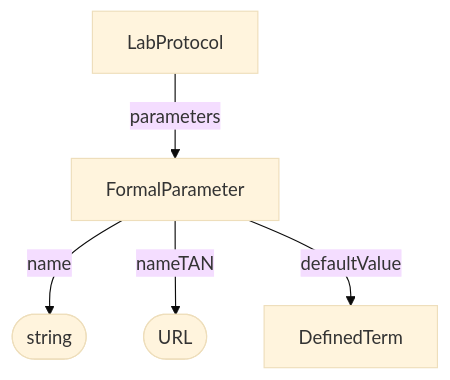
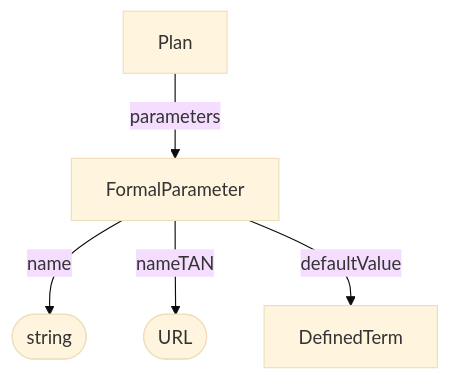
Before and after one commit to HLWeil/ProcessCore: the diagram in docs/spec/core/FormalParameter.md, drawn with Mermaid (base theme). The commit also changed 134 other files, not shown here.

````diff
--- a/docs/spec/core/FormalParameter.md
+++ b/docs/spec/core/FormalParameter.md
@@ -26,11 +26,11 @@
 ```mermaid
 flowchart TD
 
     na@{ shape: stadium, label: "string" }
     nt@{ shape: stadium, label: "URL" }
 
-    LabProtocol --parameters--> FormalParameter
+    Plan --parameters--> FormalParameter
     FormalParameter --name--> na
     FormalParameter --nameTAN--> nt
     FormalParameter --defaultValue--> DefinedTerm
 ```
````
